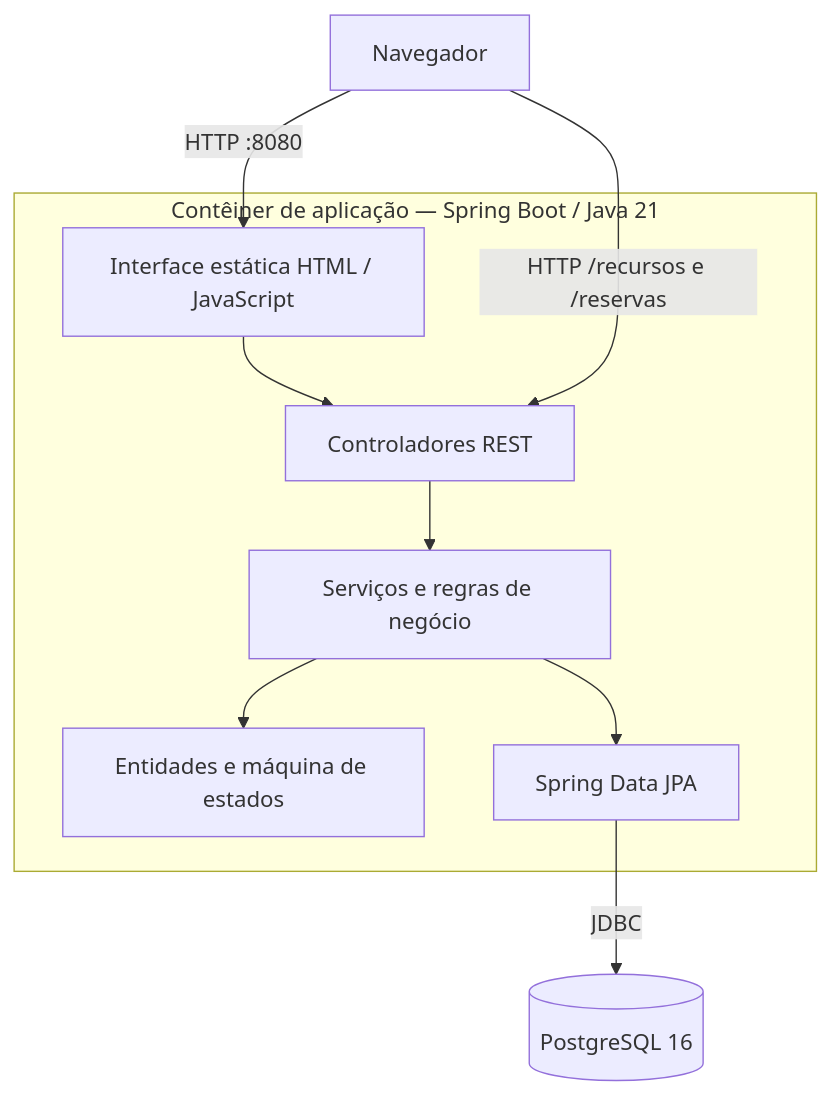
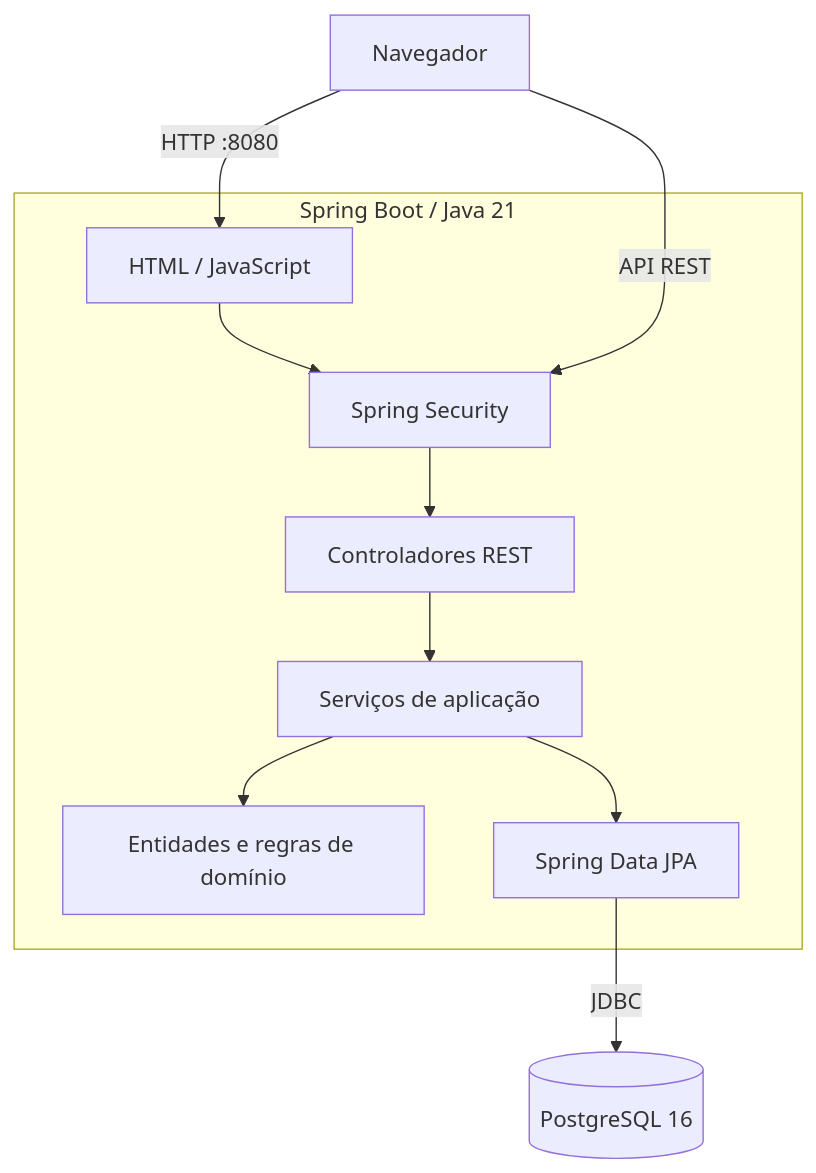
Before and after one commit to FelipeR8083/organizacao-recursos: the second of 2 diagrams in docs/ARQUITETURA-E-OPERACAO.md, drawn with Mermaid. The commit also changed other lines of this file, not shown here.

````diff
--- a/docs/ARQUITETURA-E-OPERACAO.md
+++ b/docs/ARQUITETURA-E-OPERACAO.md
@@ -17,19 +18,21 @@
 ```mermaid
 flowchart TB
-    Browser[Navegador]
-    subgraph App[Contêiner de aplicação — Spring Boot / Java 21]
-      UI[Interface estática HTML / JavaScript]
-      API[Controladores REST]
-      Service[Serviços e regras de negócio]
-      Domain[Entidades e máquina de estados]
-      Repo[Spring Data JPA]
-      UI --> API
-      API --> Service
-      Service --> Domain
-      Service --> Repo
-    end
-    DB[(PostgreSQL 16)]
-    Browser -->|HTTP :8080| UI
-    Browser -->|HTTP /recursos e /reservas| API
-    Repo -->|JDBC| DB
+  Browser[Navegador]
+  subgraph App[Spring Boot / Java 21]
+    UI[HTML / JavaScript]
+    SEC[Spring Security]
+    API[Controladores REST]
+    APP[Serviços de aplicação]
+    DOMAIN[Entidades e regras de domínio]
+    REPO[Spring Data JPA]
+    UI --> SEC
+    SEC --> API
+    API --> APP
+    APP --> DOMAIN
+    APP --> REPO
+  end
+  DB[(PostgreSQL 16)]
+  Browser -->|HTTP :8080| UI
+  Browser -->|API REST| SEC
+  REPO -->|JDBC| DB
 ```
````
